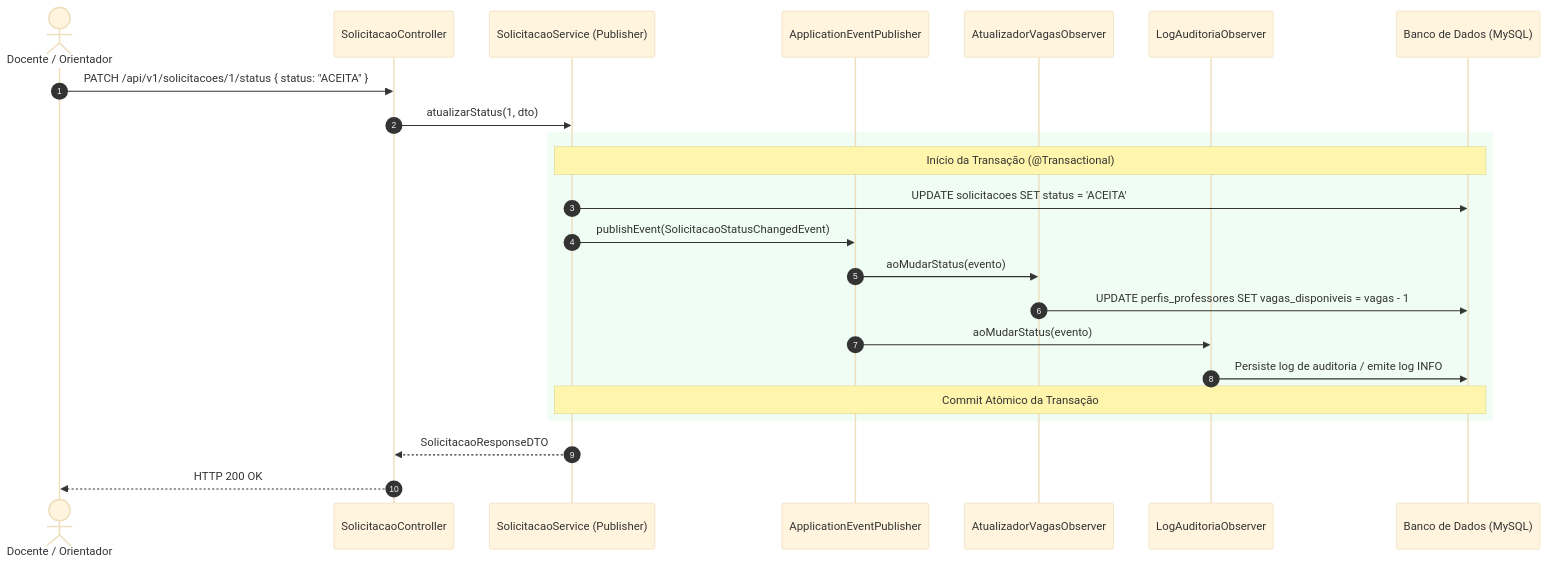
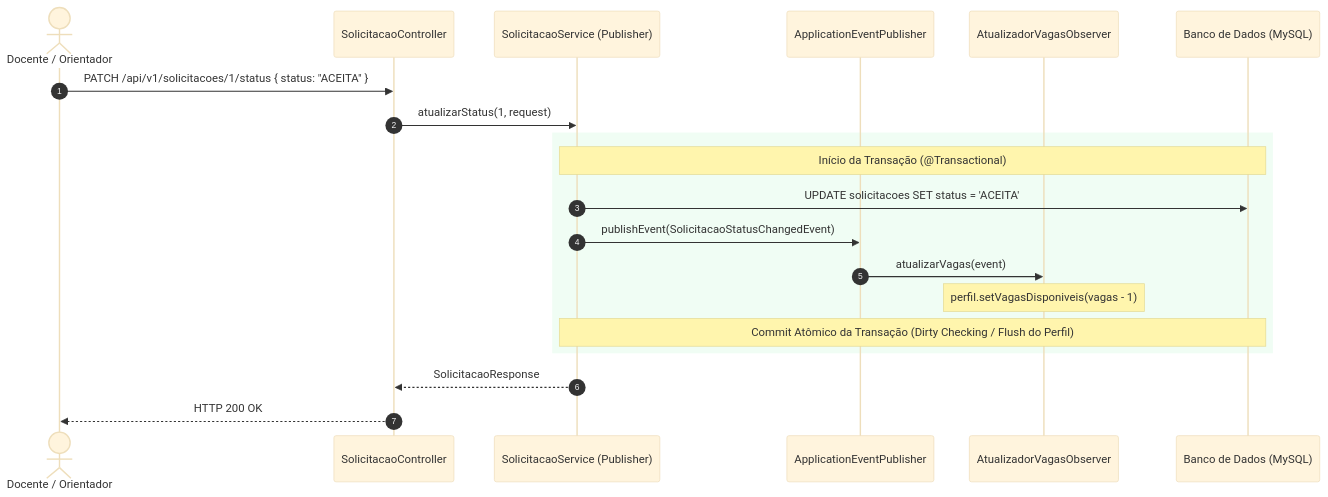
Before and after one commit to IFSC-ES2/es2-2026_2-equipe-3: the third of 3 diagrams in docs/PADROES-DE-PROJETO.md, drawn with Mermaid (base theme). The commit also changed other lines of this file, not shown here.

````diff
--- a/docs/PADROES-DE-PROJETO.md
+++ b/docs/PADROES-DE-PROJETO.md
@@ -349,30 +356,26 @@
 ```mermaid
 sequenceDiagram
     autonumber
     actor Orientador as Docente / Orientador
     participant Controller as SolicitacaoController
     participant Service as SolicitacaoService (Publisher)
     participant Publisher as ApplicationEventPublisher
     participant ObsVagas as AtualizadorVagasObserver
-    participant ObsLog as LogAuditoriaObserver
     participant DB as Banco de Dados (MySQL)
 
     Orientador ->> Controller: PATCH /api/v1/solicitacoes/1/status { status: "ACEITA" }
-    Controller ->> Service: atualizarStatus(1, dto)
+    Controller ->> Service: atualizarStatus(1, request)
 
     rect rgb(240, 253, 244)
         note over Service, DB: Início da Transação (@Transactional)
         Service ->> DB: UPDATE solicitacoes SET status = 'ACEITA'
         Service ->> Publisher: publishEvent(SolicitacaoStatusChangedEvent)
 
-        Publisher ->> ObsVagas: aoMudarStatus(evento)
-        ObsVagas ->> DB: UPDATE perfis_professores SET vagas_disponiveis = vagas - 1
-
-        Publisher ->> ObsLog: aoMudarStatus(evento)
-        ObsLog ->> DB: Persiste log de auditoria / emite log INFO
-        note over Service, DB: Commit Atômico da Transação
+        Publisher ->> ObsVagas: atualizarVagas(event)
+        note over ObsVagas: perfil.setVagasDisponiveis(vagas - 1)
+        note over Service, DB: Commit Atômico da Transação (Dirty Checking / Flush do Perfil)
     end
 
-    Service -->> Controller: SolicitacaoResponseDTO
+    Service -->> Controller: SolicitacaoResponse
     Controller -->> Orientador: HTTP 200 OK
 ```
````
